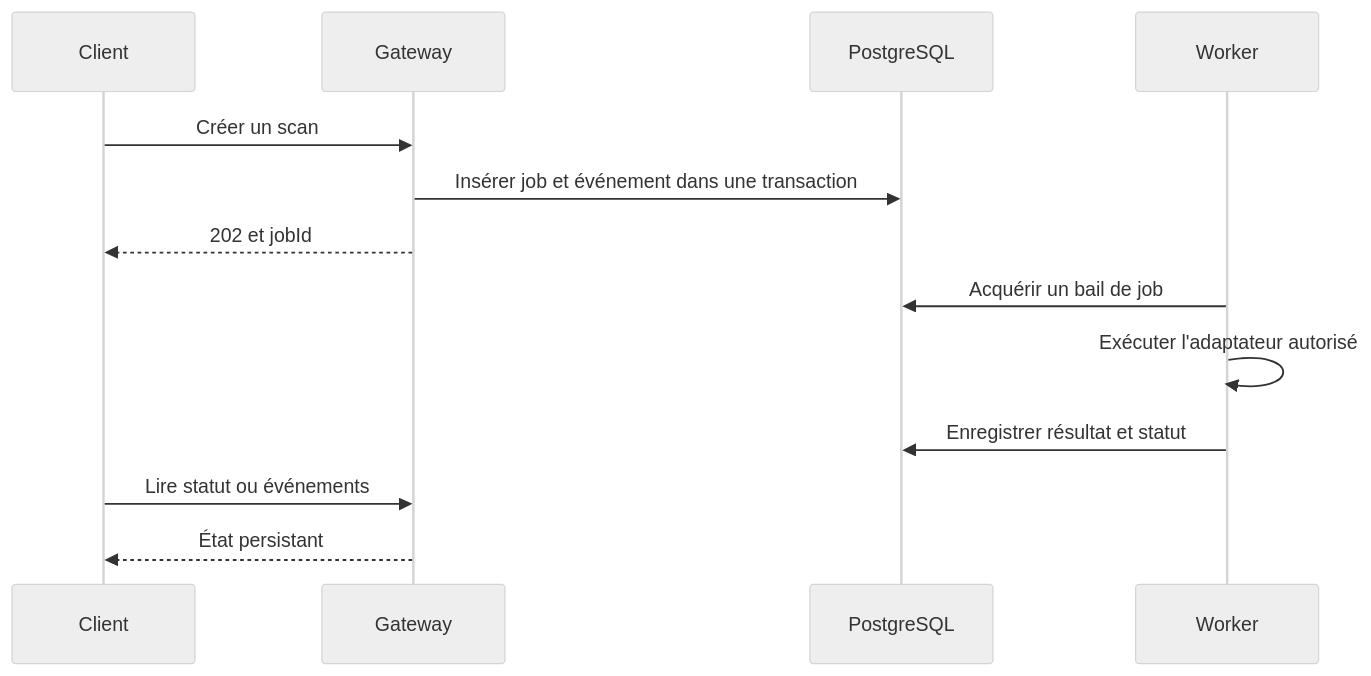
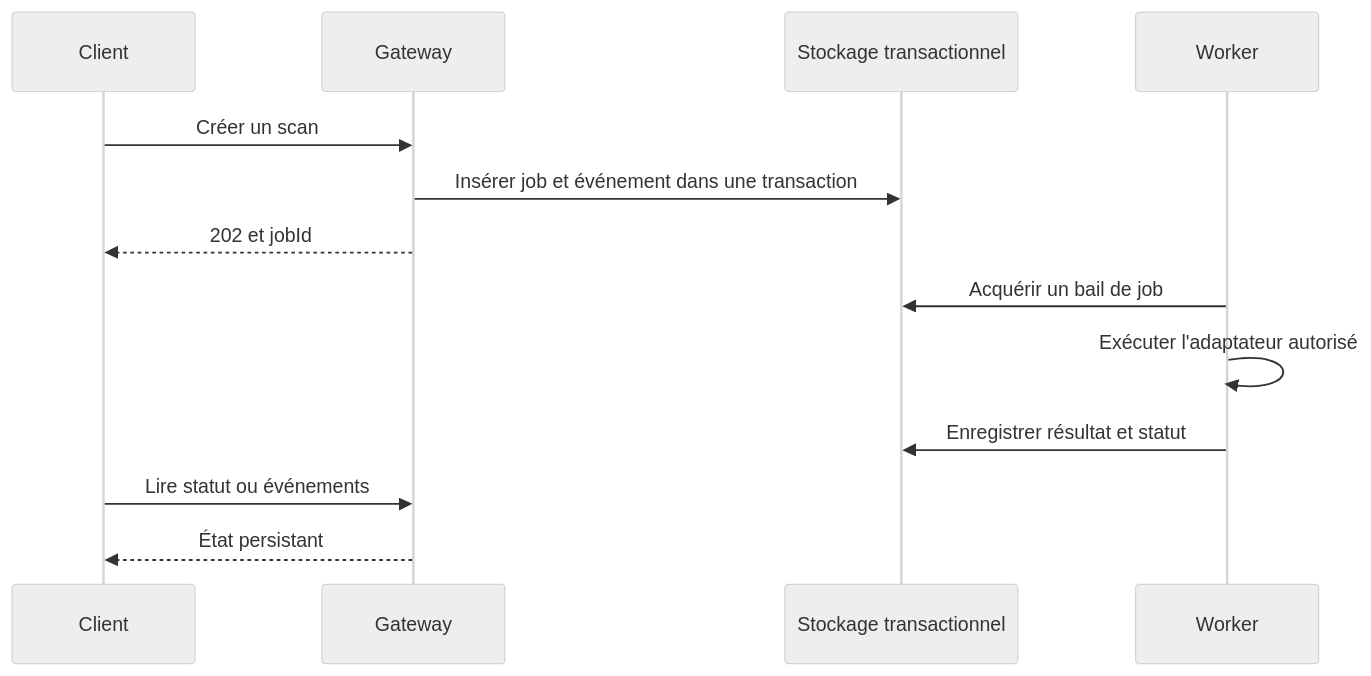
One commit to hbhassen/dev-ai-organisation changed diagram 19 of 24 in specification.md. Above: the diagram before and after it, drawn with Mermaid (neutral theme). The commit also changed other lines of this file and 106 other files, not shown here.

````diff
--- a/specification.md
+++ b/specification.md
@@ -1511,15 +1320,15 @@
 ```mermaid
 sequenceDiagram
     participant C as Client
     participant G as Gateway
-    participant DB as PostgreSQL
+    participant DB as Stockage transactionnel
     participant W as Worker
     C->>G: Créer un scan
     G->>DB: Insérer job et événement dans une transaction
     G-->>C: 202 et jobId
     W->>DB: Acquérir un bail de job
     W->>W: Exécuter l'adaptateur autorisé
     W->>DB: Enregistrer résultat et statut
     C->>G: Lire statut ou événements
     G-->>C: État persistant
 ```
````
